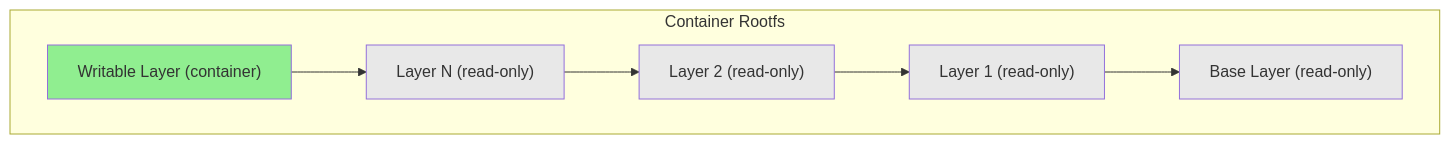
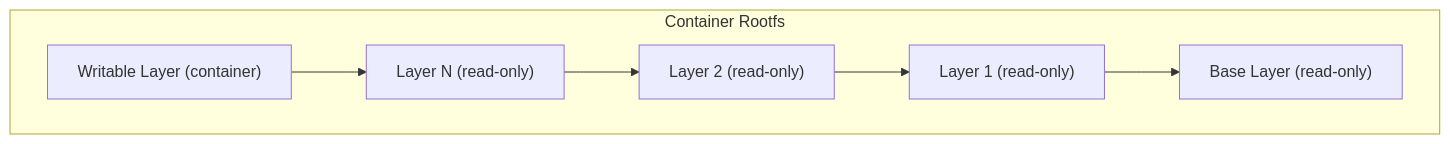
Before and after one commit to scontain/encrypted_container_images: the second of 15 diagrams in PROPOSAL.md, drawn with Mermaid. The commit also changed other lines of this file, not shown here.

````diff
--- a/PROPOSAL.md
+++ b/PROPOSAL.md
@@ -101,21 +104,15 @@
 ```mermaid
 graph TB
     subgraph "Container Rootfs"
         W["Writable Layer (container)"]
         LN["Layer N (read-only)"]
         L2["Layer 2 (read-only)"]
         L1["Layer 1 (read-only)"]
         B["Base Layer (read-only)"]
     end
     
     W --> LN
     LN --> L2
     L2 --> L1
     L1 --> B
-    
-    style W fill:#90EE90
-    style LN fill:#E8E8E8
-    style L2 fill:#E8E8E8
-    style L1 fill:#E8E8E8
-    style B fill:#E8E8E8
 ```
````
